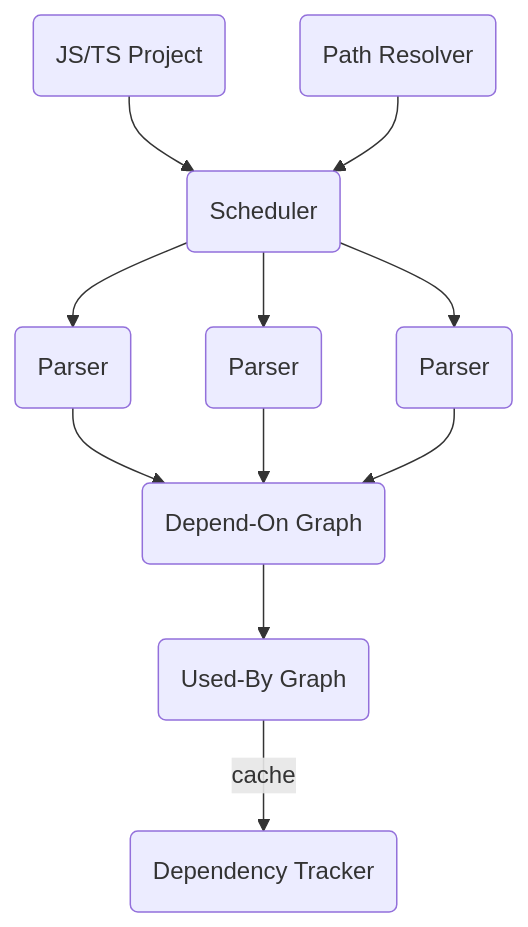
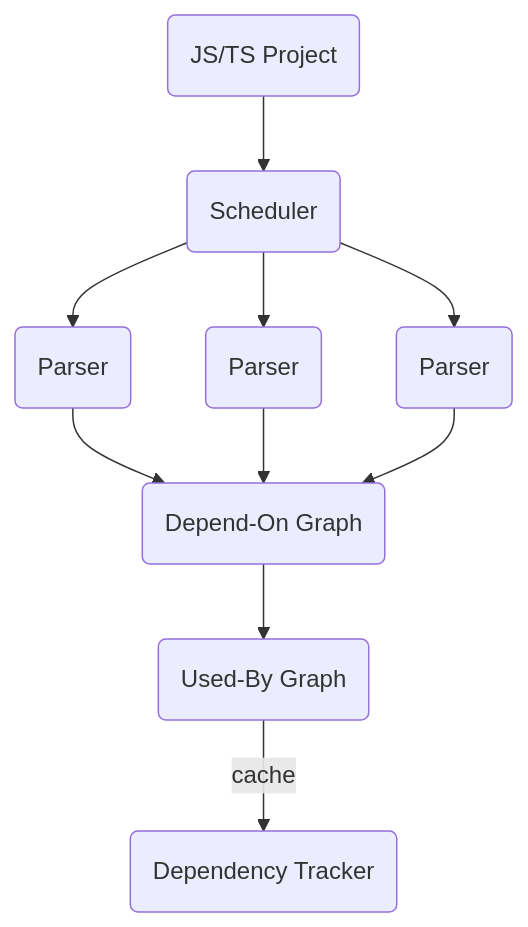
One commit to wtlin1228/dt changed the diagram in README.md. Above: the diagram before and after it, drawn with Mermaid. The commit also changed other lines of this file and 7 other files, not shown here.

````diff
--- a/README.md
+++ b/README.md
@@ -16,13 +56,12 @@
 ```mermaid
 flowchart TD
     source(JS/TS Project) --> scheduler(Scheduler)
-    path_resolver(Path Resolver) --> scheduler(Scheduler)
     scheduler(Scheduler) --> parser1(Parser)
     scheduler(Scheduler) --> parser2(Parser)
     scheduler(Scheduler) --> parser3(Parser)
     parser1(Parser) --> depend_on_graph(Depend-On Graph)
     parser2(Parser) --> depend_on_graph(Depend-On Graph)
     parser3(Parser) --> depend_on_graph(Depend-On Graph)
     depend_on_graph(Depend-On Graph) --> used_by_graph(Used-By Graph)
     used_by_graph(Used-By Graph) -- cache --> dependency_tracker(Dependency Tracker)
 ```
````
